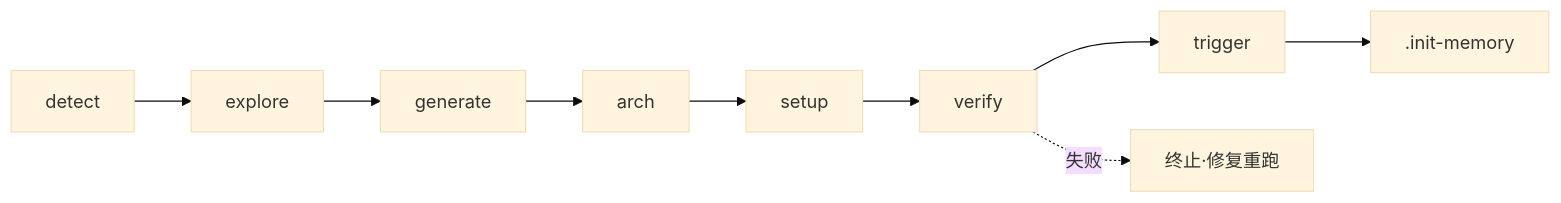
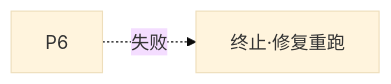
Before and after one commit to effiy/YrY: the third of 13 diagrams in skills/rui/SKILL.md, drawn with Mermaid (base theme). The commit also changed other lines of this file and 91 other files, not shown here.

````diff
--- a/skills/rui/SKILL.md
+++ b/skills/rui/SKILL.md
@@ -154,5 +150,4 @@
 ```mermaid
 flowchart LR
-    P1[detect]:::s --> P2[explore]:::llm --> P3[generate]:::llm --> P4[arch]:::llm --> P5[setup]:::s --> P6[verify]:::s --> P7[trigger]:::s --> P8[.init-memory]
     P6 -.失败.-> Fix[终止·修复重跑]
 ```
````
